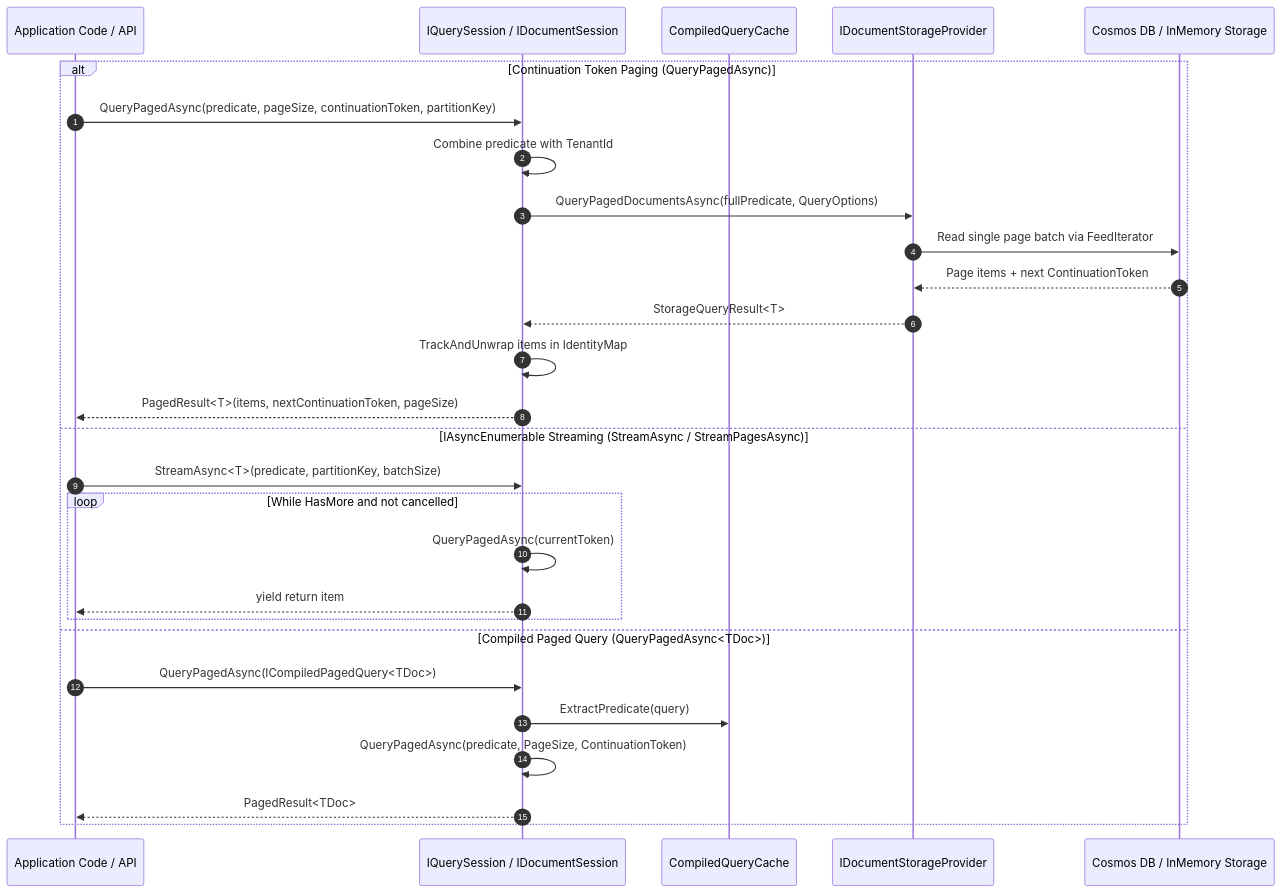
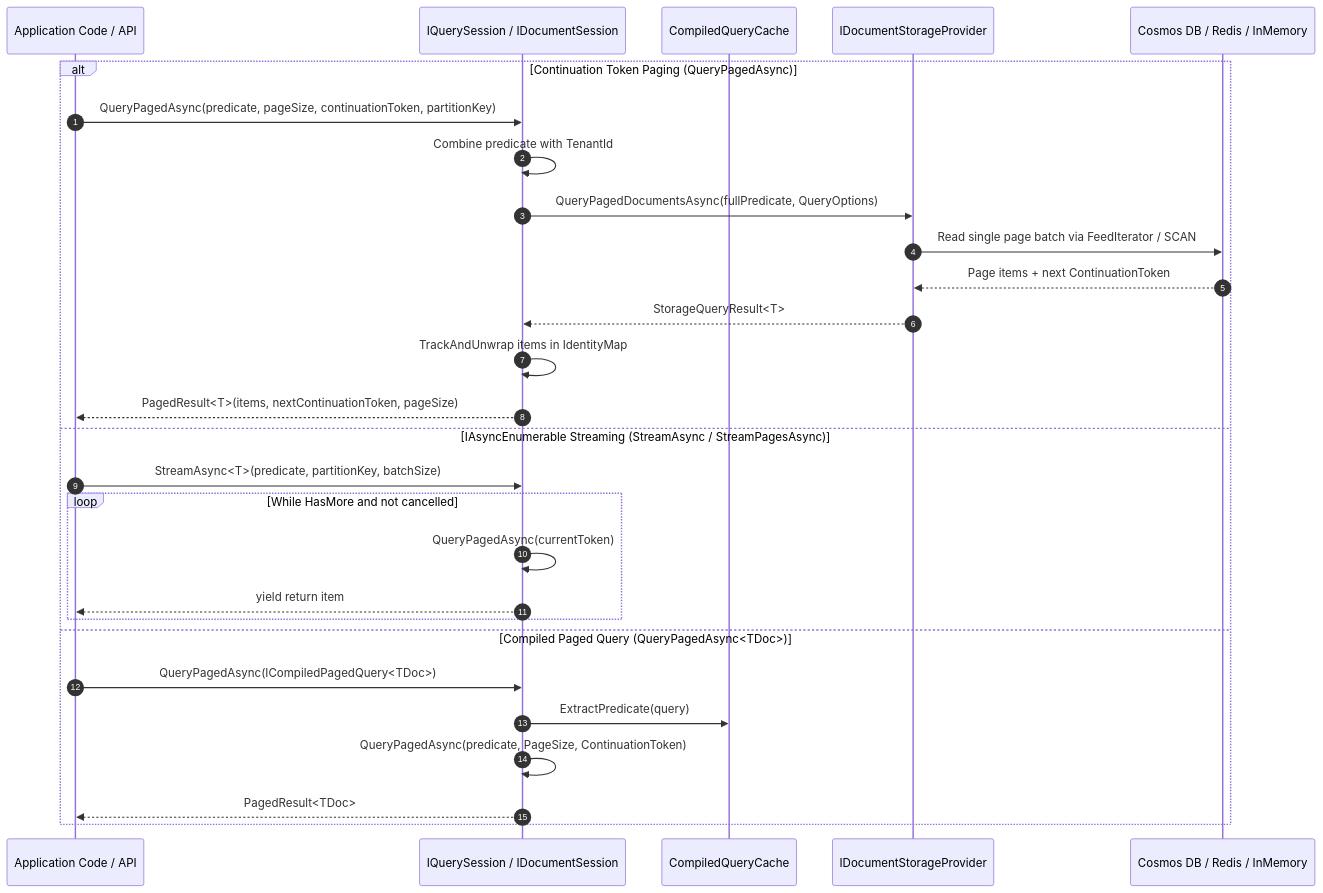
Before and after one commit to chadahoochie/Aquila: the ninth of 9 diagrams in ARCHITECTURE.md, drawn with Mermaid. The commit also changed other lines of this file and 3 other files, not shown here.

````diff
--- a/ARCHITECTURE.md
+++ b/ARCHITECTURE.md
@@ -313,31 +438,31 @@
 ```mermaid
 sequenceDiagram
     autonumber
     participant App as Application Code / API
     participant Session as IQuerySession / IDocumentSession
     participant Cache as CompiledQueryCache
     participant Storage as IDocumentStorageProvider
-    participant DB as Cosmos DB / InMemory Storage
+    participant DB as Cosmos DB / Redis / InMemory
 
     alt Continuation Token Paging (QueryPagedAsync)
         App->>Session: QueryPagedAsync(predicate, pageSize, continuationToken, partitionKey)
         Session->>Session: Combine predicate with TenantId
         Session->>Storage: QueryPagedDocumentsAsync(fullPredicate, QueryOptions)
-        Storage->>DB: Read single page batch via FeedIterator
+        Storage->>DB: Read single page batch via FeedIterator / SCAN
         DB-->>Storage: Page items + next ContinuationToken
         Storage-->>Session: StorageQueryResult<T>
         Session->>Session: TrackAndUnwrap items in IdentityMap
         Session-->>App: PagedResult<T>(items, nextContinuationToken, pageSize)
     else IAsyncEnumerable Streaming (StreamAsync / StreamPagesAsync)
         App->>Session: StreamAsync<T>(predicate, partitionKey, batchSize)
         loop While HasMore and not cancelled
             Session->>Session: QueryPagedAsync(currentToken)
             Session-->>App: yield return item
         end
     else Compiled Paged Query (QueryPagedAsync<TDoc>)
         App->>Session: QueryPagedAsync(ICompiledPagedQuery<TDoc>)
         Session->>Cache: ExtractPredicate(query)
         Session->>Session: QueryPagedAsync(predicate, PageSize, ContinuationToken)
         Session-->>App: PagedResult<TDoc>
     end
 ```
````
